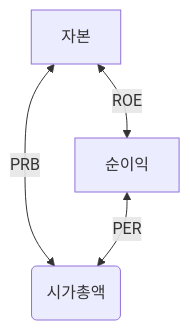
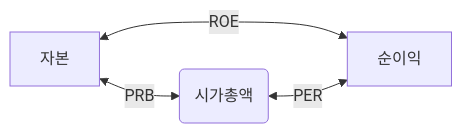
One commit to easyone/easyone.github.io changed the diagram in docs/stock/terms.md. Above: the diagram before and after it, drawn with Mermaid.

````diff
--- a/docs/stock/terms.md
+++ b/docs/stock/terms.md
@@ -41,6 +41,6 @@
 ```mermaid
-  graph TD;
-      자본<-- ROE -->순이익;
-      자본<-- PRB -->주가(시가총액);
-      순이익<-- PER -->주가(시가총액);
+graph LR;
+  자본<-- PRB -->주가(시가총액);
+  자본<-- ROE -->순이익;
+  주가(시가총액)<-- PER -->순이익;
 ```
````
